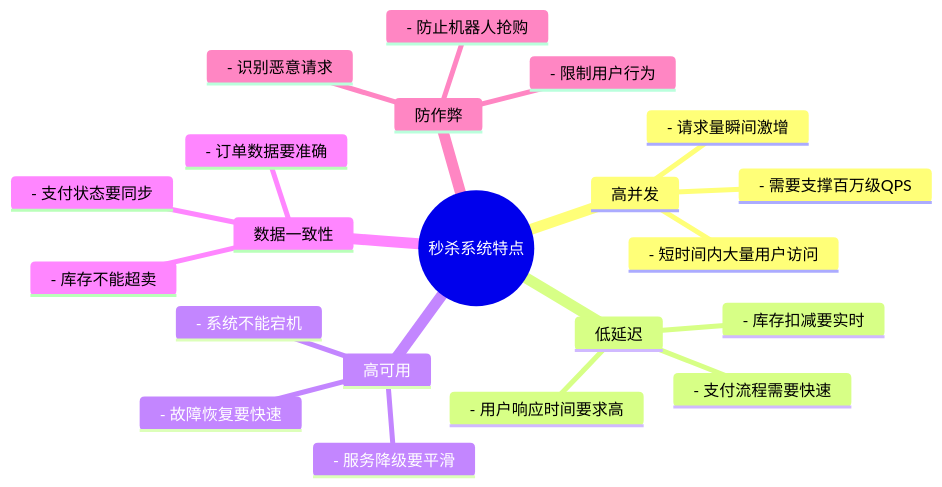
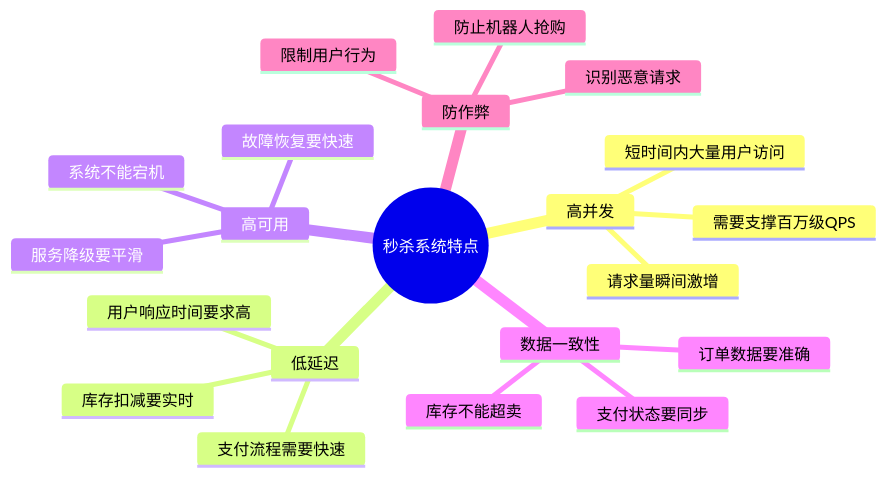
The first of 4 diagrams in content/notes/seckill-system-design.md (suogongy/suogongy.github.io), drawn with Mermaid before and after one commit. The commit also changed other lines of this file and 1 other file, not shown here.

````diff
--- a/content/notes/seckill-system-design.md
+++ b/content/notes/seckill-system-design.md
@@ -18,24 +18,24 @@
 ```mermaid
 mindmap
   root((秒杀系统特点))
     高并发
-      - 短时间内大量用户访问
-      - 请求量瞬间激增
-      - 需要支撑百万级QPS
+      短时间内大量用户访问
+      请求量瞬间激增
+      需要支撑百万级QPS
     低延迟
-      - 用户响应时间要求高
-      - 支付流程需要快速
-      - 库存扣减要实时
+      用户响应时间要求高
+      支付流程需要快速
+      库存扣减要实时
     高可用
-      - 系统不能宕机
-      - 服务降级要平滑
-      - 故障恢复要快速
+      系统不能宕机
+      服务降级要平滑
+      故障恢复要快速
     数据一致性
-      - 库存不能超卖
-      - 订单数据要准确
-      - 支付状态要同步
+      库存不能超卖
+      订单数据要准确
+      支付状态要同步
     防作弊
-      - 防止机器人抢购
-      - 限制用户行为
-      - 识别恶意请求
+      防止机器人抢购
+      限制用户行为
+      识别恶意请求
 ```
````
